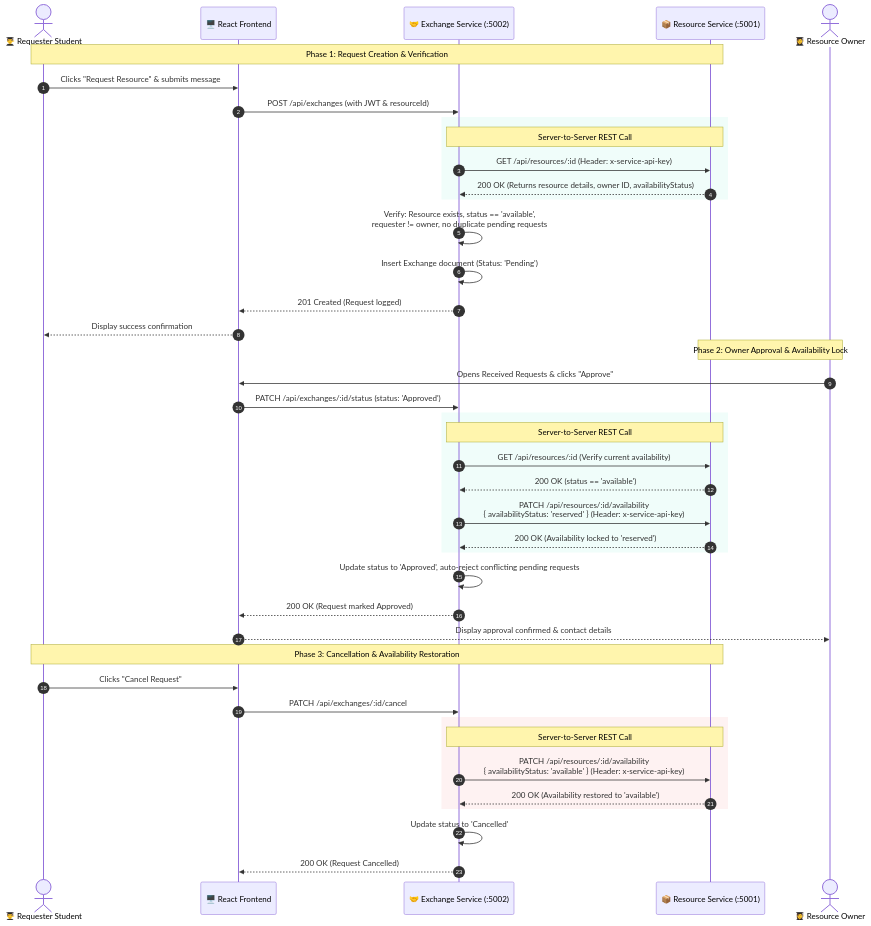
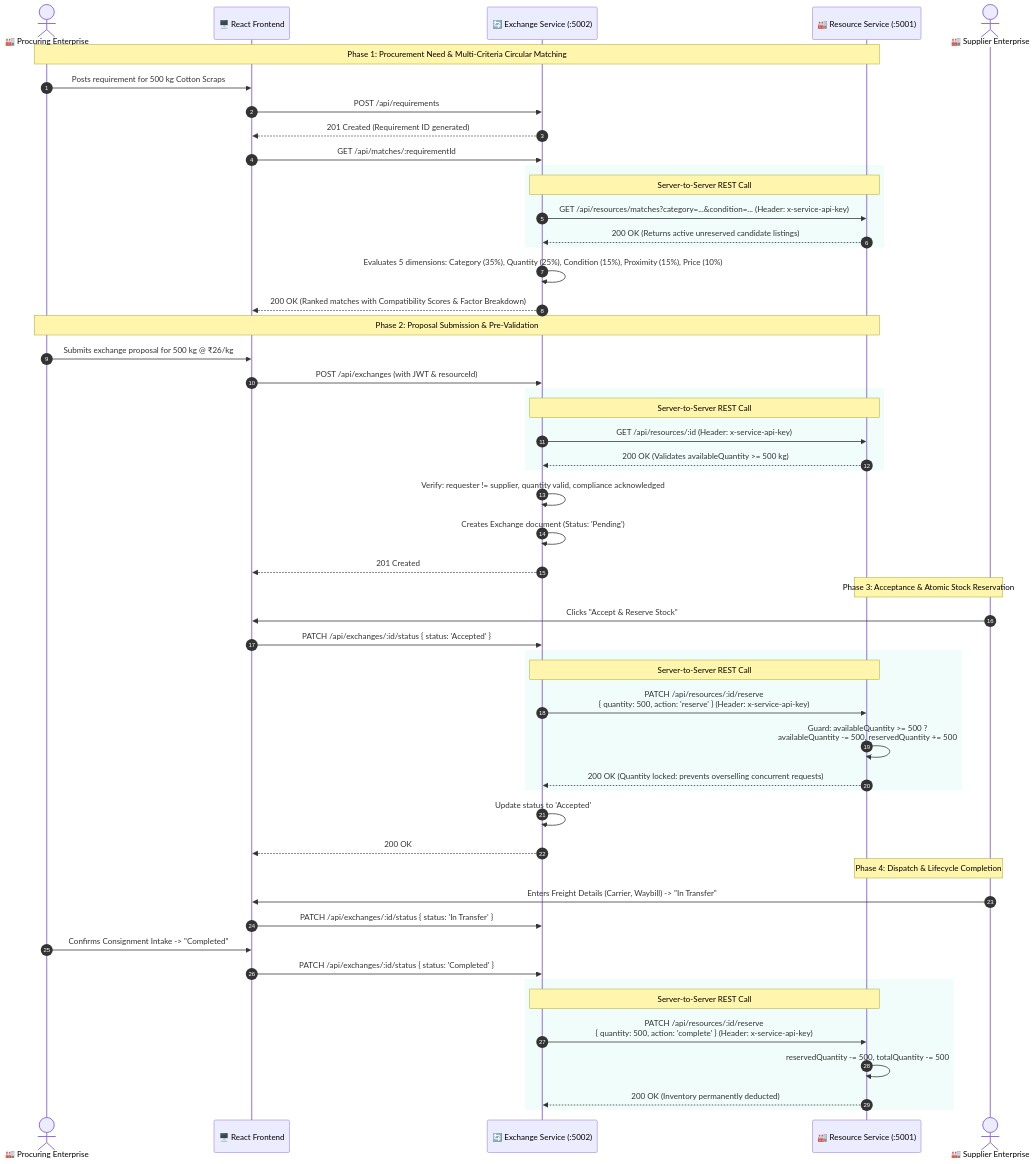
Before and after one commit to John-0602/industrial-Resource-Exchange-platform: the second of 2 diagrams in docs/architecture.md, drawn with Mermaid. The commit also changed other lines of this file and 57 other files, not shown here.

Commit message:
Complete Industrial Resource Exchange Platform (IREP) with B2B marketplace, circular matching engine, atomic quantity reservation, and 17 functional pages

````diff
--- a/docs/architecture.md
+++ b/docs/architecture.md
@@ -51,51 +62,65 @@
 ```mermaid
 sequenceDiagram
     autonumber
-    actor Requester as 👨‍🎓 Requester Student
+    actor Receiver as 🏭 Procuring Enterprise
     participant Frontend as 🖥️ React Frontend
-    participant ES as 🤝 Exchange Service (:5002)
-    participant RS as 📦 Resource Service (:5001)
-    actor Owner as 👩‍🎓 Resource Owner
+    participant ES as 🔄 Exchange Service (:5002)
+    participant RS as 🏭 Resource Service (:5001)
+    actor Supplier as 🏭 Supplier Enterprise
 
-    Note over Requester, RS: Phase 1: Request Creation & Verification
-    Requester->>Frontend: Clicks "Request Resource" & submits message
-    Frontend->>ES: POST /api/exchanges (with JWT & resourceId)
+    Note over Receiver, RS: Phase 1: Procurement Need & Multi-Criteria Circular Matching
+    Receiver->>Frontend: Posts requirement for 500 kg Cotton Scraps
+    Frontend->>ES: POST /api/requirements
+    ES-->>Frontend: 201 Created (Requirement ID generated)
+    Frontend->>ES: GET /api/matches/:requirementId
     
     rect rgb(240, 253, 250)
-        Note over ES, RS: Server-to-Server REST Call
-        ES->>RS: GET /api/resources/:id (Header: x-service-api-key)
-        RS-->>ES: 200 OK (Returns resource details, owner ID, availabilityStatus)
+        Note over ES, RS: Server-to-Server REST Call #1
+        ES->>RS: GET /api/resources/matches?category=...&condition=... (Header: x-service-api-key)
+        RS-->>ES: 200 OK (Returns active unreserved candidate listings)
     end
 
-    ES->>ES: Verify: Resource exists, status == 'available',<br/>requester != owner, no duplicate pending requests
-    ES->>ES: Insert Exchange document (Status: 'Pending')
-    ES-->>Frontend: 201 Created (Request logged)
-    Frontend-->>Requester: Display success confirmation
+    ES->>ES: Evaluates 5 dimensions: Category (35%), Quantity (25%), Condition (15%), Proximity (15%), Price (10%)
+    ES-->>Frontend: 200 OK (Ranked matches with Compatibility Scores & Factor Breakdown)
 
-    Note over Owner, RS: Phase 2: Owner Approval & Availability Lock
-    Owner->>Frontend: Opens Received Requests & clicks "Approve"
-    Frontend->>ES: PATCH /api/exchanges/:id/status (status: 'Approved')
-    
+    Note over Receiver, RS: Phase 2: Proposal Submission & Pre-Validation
+    Receiver->>Frontend: Submits exchange proposal for 500 kg @ ₹26/kg
+    Frontend->>ES: POST /api/exchanges (with JWT & resourceId)
+
     rect rgb(240, 253, 250)
-        Note over ES, RS: Server-to-Server REST Call
-        ES->>RS: GET /api/resources/:id (Verify current availability)
-        RS-->>ES: 200 OK (status == 'available')
-        ES->>RS: PATCH /api/resources/:id/availability<br/>{ availabilityStatus: 'reserved' } (Header: x-service-api-key)
-        RS-->>ES: 200 OK (Availability locked to 'reserved')
+        Note over ES, RS: Server-to-Server REST Call #2
+        ES->>RS: GET /api/resources/:id (Header: x-service-api-key)
+        RS-->>ES: 200 OK (Validates availableQuantity >= 500 kg)
     end
 
-    ES->>ES: Update status to 'Approved', auto-reject conflicting pending requests
-    ES-->>Frontend: 200 OK (Request marked Approved)
-    Frontend-->>Owner: Display approval confirmed & contact details
+    ES->>ES: Verify: requester != supplier, quantity valid, compliance acknowledged
+    ES->>ES: Creates Exchange document (Status: 'Pending')
+    ES-->>Frontend: 201 Created
 
-    Note over Requester, RS: Phase 3: Cancellation & Availability Restoration
-    Requester->>Frontend: Clicks "Cancel Request"
-    Frontend->>ES: PATCH /api/exchanges/:id/cancel
-    rect rgb(254, 242, 242)
-        Note over ES, RS: Server-to-Server REST Call
-        ES->>RS: PATCH /api/resources/:id/availability<br/>{ availabilityStatus: 'available' } (Header: x-service-api-key)
-        RS-->>ES: 200 OK (Availability restored to 'available')
+    Note over Supplier, RS: Phase 3: Acceptance & Atomic Stock Reservation
+    Supplier->>Frontend: Clicks "Accept & Reserve Stock"
+    Frontend->>ES: PATCH /api/exchanges/:id/status { status: 'Accepted' }
+
+    rect rgb(240, 253, 250)
+        Note over ES, RS: Server-to-Server REST Call #3 (Atomic Stock Reservation)
+        ES->>RS: PATCH /api/resources/:id/reserve<br/>{ quantity: 500, action: 'reserve' } (Header: x-service-api-key)
+        RS->>RS: Guard: availableQuantity >= 500 ?<br/>availableQuantity -= 500, reservedQuantity += 500
+        RS-->>ES: 200 OK (Quantity locked: prevents overselling concurrent requests)
     end
-    ES->>ES: Update status to 'Cancelled'
-    ES-->>Frontend: 200 OK (Request Cancelled)
+
+    ES->>ES: Update status to 'Accepted'
+    ES-->>Frontend: 200 OK
+
+    Note over Supplier, RS: Phase 4: Dispatch & Lifecycle Completion
+    Supplier->>Frontend: Enters Freight Details (Carrier, Waybill) -> "In Transfer"
+    Frontend->>ES: PATCH /api/exchanges/:id/status { status: 'In Transfer' }
+    Receiver->>Frontend: Confirms Consignment Intake -> "Completed"
+    Frontend->>ES: PATCH /api/exchanges/:id/status { status: 'Completed' }
+
+    rect rgb(240, 253, 250)
+        Note over ES, RS: Server-to-Server REST Call #4 (Final Stock Deduction)
+        ES->>RS: PATCH /api/resources/:id/reserve<br/>{ quantity: 500, action: 'complete' } (Header: x-service-api-key)
+        RS->>RS: reservedQuantity -= 500, totalQuantity -= 500
+        RS-->>ES: 200 OK (Inventory permanently deducted)
+    end
 ```
````
